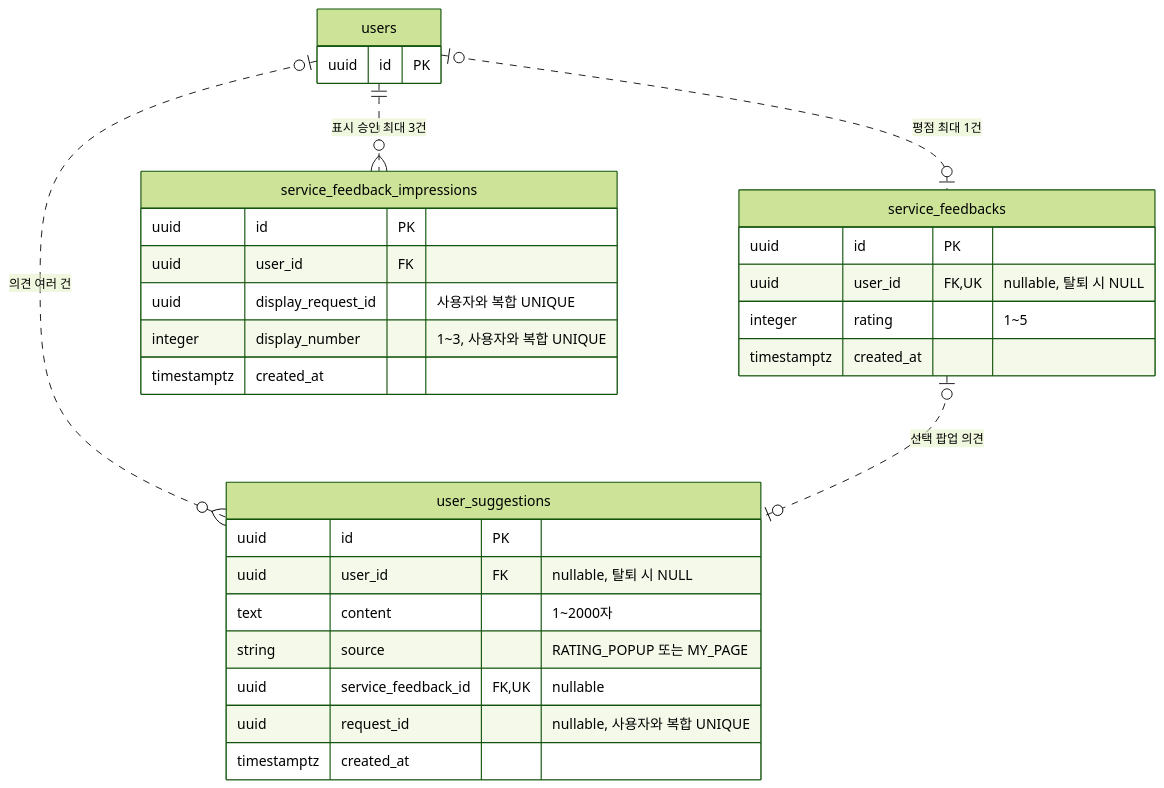
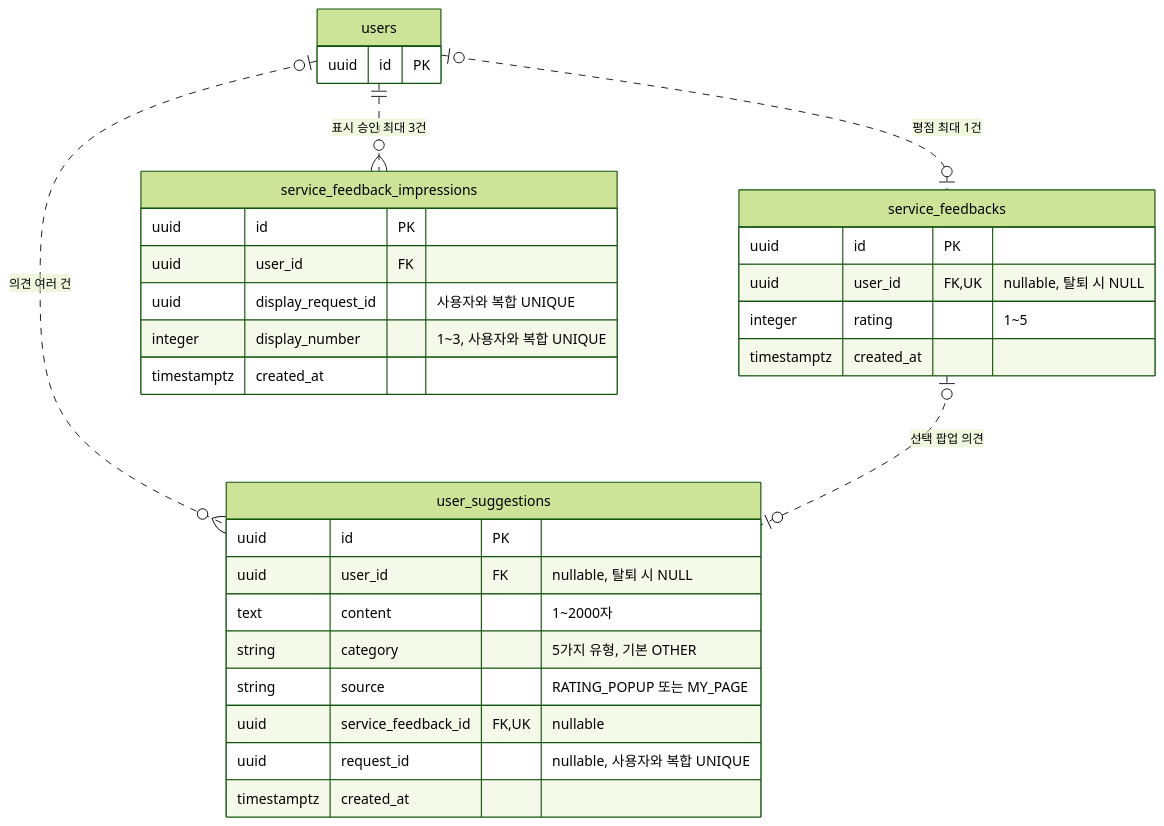
One commit to kakaotechcampus-4/ktc4-pusan-2 changed the diagram in docs/be/service-feedback-plan-540.md. Above: the diagram before and after it, drawn with Mermaid (forest theme). The commit also changed other lines of this file and 3 other files, not shown here.

````diff
--- a/docs/be/service-feedback-plan-540.md
+++ b/docs/be/service-feedback-plan-540.md
@@ -106,33 +106,34 @@
 ```mermaid
 erDiagram
     users |o..o| service_feedbacks : "평점 최대 1건"
     users |o..o{ user_suggestions : "의견 여러 건"
     users ||..o{ service_feedback_impressions : "표시 승인 최대 3건"
     service_feedbacks |o..o| user_suggestions : "선택 팝업 의견"
 
     users {
         uuid id PK
     }
     service_feedbacks {
         uuid id PK
         uuid user_id FK, UK "nullable, 탈퇴 시 NULL"
         integer rating "1~5"
         timestamptz created_at
     }
     user_suggestions {
         uuid id PK
         uuid user_id FK "nullable, 탈퇴 시 NULL"
         text content "1~2000자"
+        string category "5가지 유형, 기본 OTHER"
         string source "RATING_POPUP 또는 MY_PAGE"
         uuid service_feedback_id FK, UK "nullable"
         uuid request_id "nullable, 사용자와 복합 UNIQUE"
         timestamptz created_at
     }
     service_feedback_impressions {
         uuid id PK
         uuid user_id FK
         uuid display_request_id "사용자와 복합 UNIQUE"
         integer display_number "1~3, 사용자와 복합 UNIQUE"
         timestamptz created_at
     }
 ```
````
